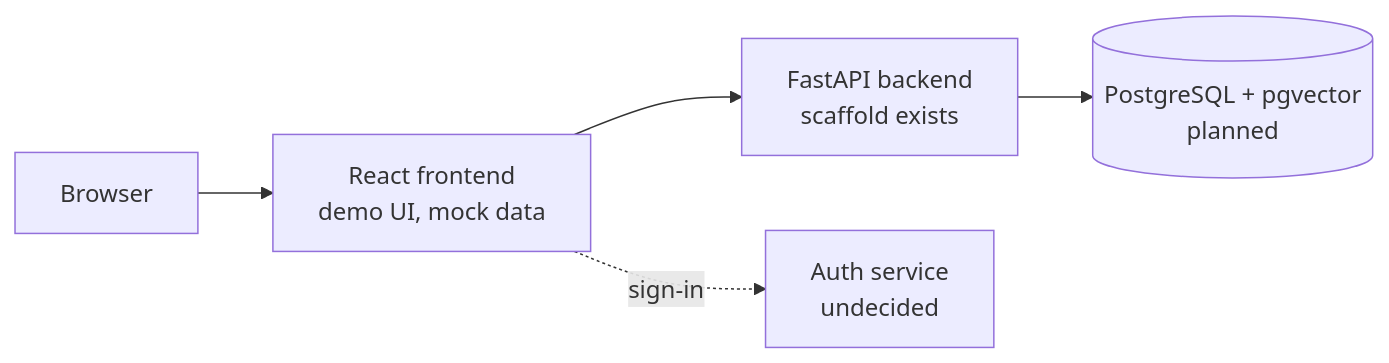
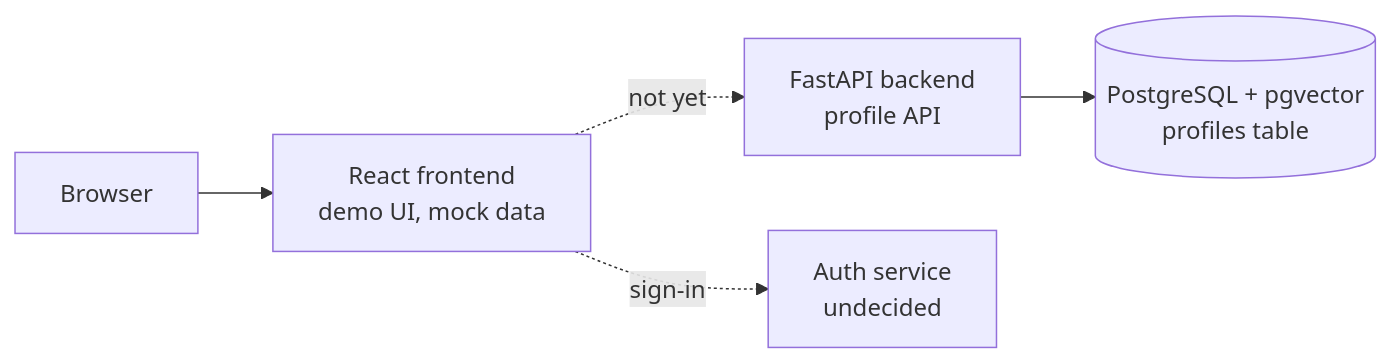
The second of 2 diagrams in docs/design.md (beaverlink/beaverlink), drawn with Mermaid before and after one commit. The commit also changed other lines of this file and 15 other files, not shown here.

Commit message:
feat: add profile API and profiles table

````diff
--- a/docs/design.md
+++ b/docs/design.md
@@ -28,7 +28,7 @@
 ```mermaid
 flowchart LR
   U[Browser] --> FE[React frontend<br/>demo UI, mock data]
-  FE --> API[FastAPI backend<br/>scaffold exists]
-  API --> DB[(PostgreSQL + pgvector<br/>planned)]
+  FE -.not yet.-> API[FastAPI backend<br/>profile API]
+  API --> DB[(PostgreSQL + pgvector<br/>profiles table)]
   FE -.sign-in.-> AUTH[Auth service<br/>undecided]
 ```
````
